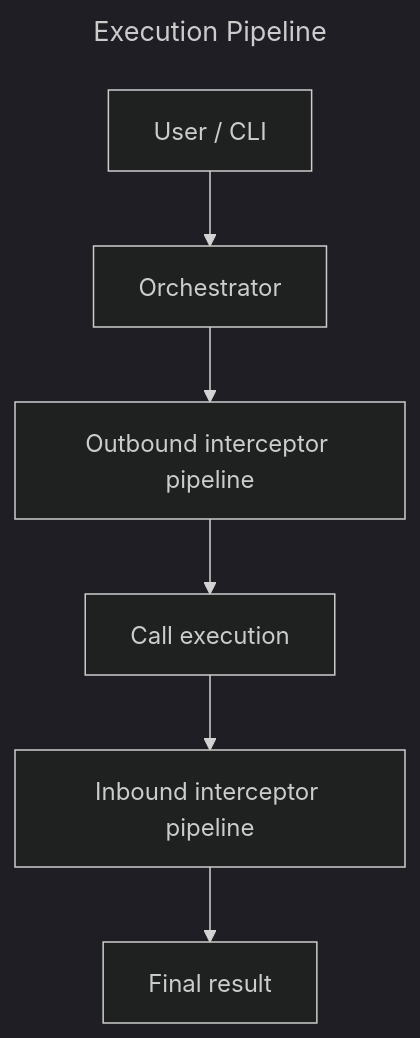
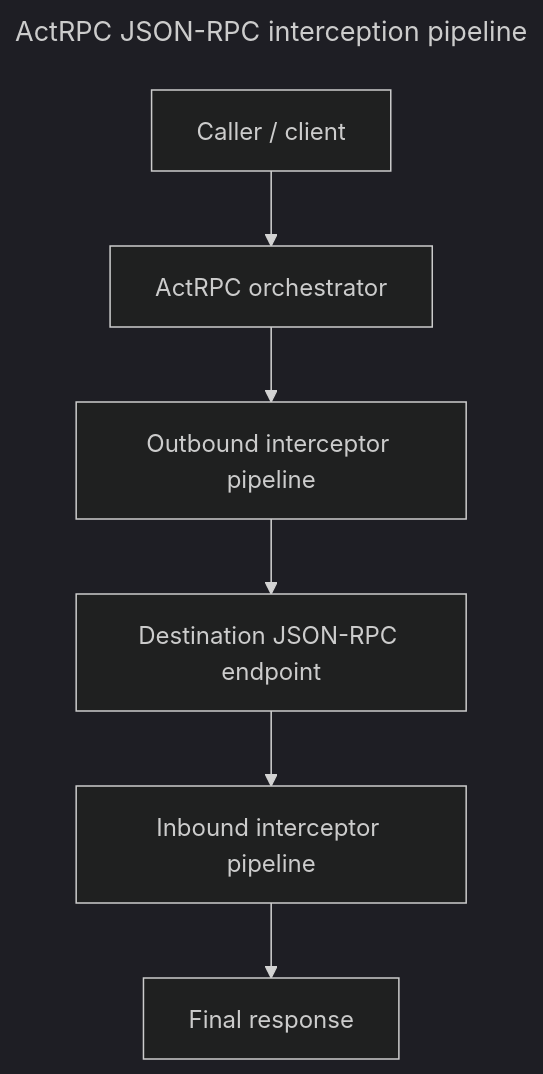
Before and after one commit to kutayyildiz/ActRPC: the diagram in README.md, drawn with Mermaid (dark theme). The commit also changed other lines of this file and 4 other files, not shown here.

````diff
--- a/README.md
+++ b/README.md
@@ -11,14 +19,14 @@
 ```mermaid
 ---
-title: Execution Pipeline
+title: ActRPC JSON-RPC interception pipeline
 ---
 flowchart TB
-    A["User / CLI"]
-    B["Orchestrator"]
-    C["Outbound interceptor pipeline"]
-    D["Call execution"]
-    E["Inbound interceptor pipeline"]
-    F["Final result"]
+    Caller["Caller / client"]
+    Orchestrator["ActRPC orchestrator"]
+    Outbound["Outbound interceptor pipeline"]
+    Destination["Destination JSON-RPC endpoint"]
+    Inbound["Inbound interceptor pipeline"]
+    Response["Final response"]
 
-    A --> B --> C --> D --> E --> F
+    Caller --> Orchestrator --> Outbound --> Destination --> Inbound --> Response
 ```
````
